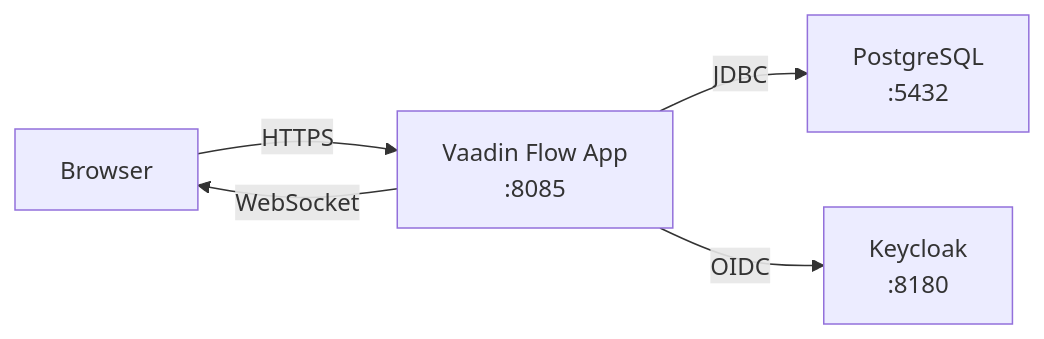
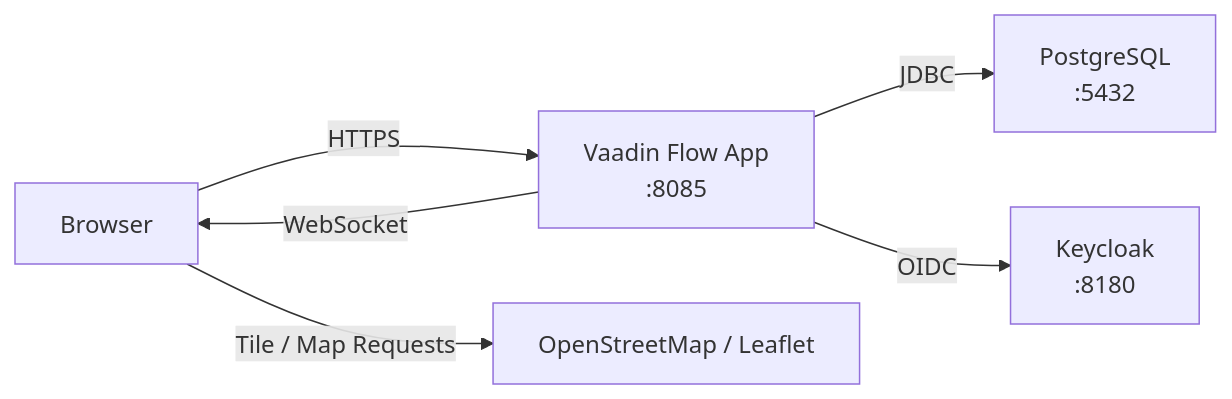
One commit to kron12345/railway-order-mgmt changed the first of 7 diagrams in docs/ARCHITECTURE.md. Above: the diagram before and after it, drawn with Mermaid. The commit also changed other lines of this file and 45 other files, not shown here.

Commit message:
Add timetable builder and document order position flows

````diff
--- a/docs/ARCHITECTURE.md
+++ b/docs/ARCHITECTURE.md
@@ -5,7 +5,8 @@
 ```mermaid
 graph LR
     Browser["Browser"] -->|HTTPS| App["Vaadin Flow App<br/>:8085"]
     App -->|JDBC| DB["PostgreSQL<br/>:5432"]
     App -->|OIDC| KC["Keycloak<br/>:8180"]
     App -->|WebSocket| Browser
+    Browser -->|Tile / Map Requests| OSM["OpenStreetMap / Leaflet"]
 ```
````
